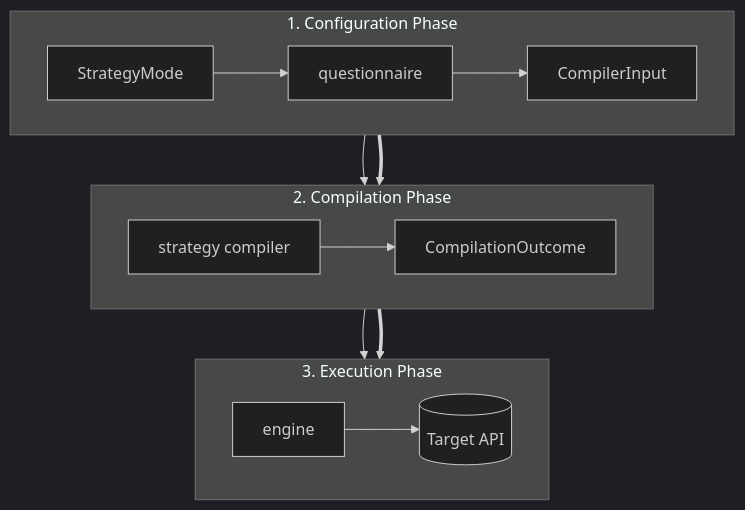
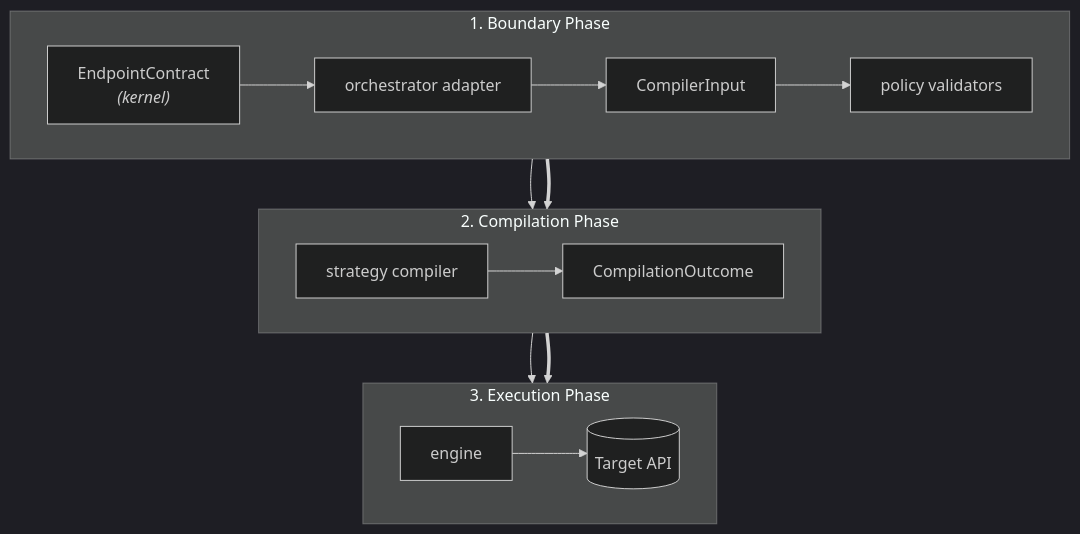
Before and after one commit to Spec-Forge-Testing/specforge-docs: the diagram in docs/modules/custom-schemathesis/index.md, drawn with Mermaid (dark theme). The commit also changed other lines of this file and 3 other files, not shown here.

First line of the commit message:
docs(schemathesis): describe the policy layer and the kernel-sourced vocabulary

````diff
--- a/docs/modules/custom-schemathesis/index.md
+++ b/docs/modules/custom-schemathesis/index.md
@@ -17,23 +18,24 @@
 ```mermaid
 flowchart TD
-    subgraph Config ["1. Configuration Phase"]
+    subgraph Boundary ["1. Boundary Phase"]
         direction LR
-        SM["StrategyMode"] --> Q["questionnaire"]
-        Q --> CI["CompilerInput"]
+        EC["EndpointContract<br/><i>(kernel)</i>"] --> AD["orchestrator adapter"]
+        AD --> CI["CompilerInput"]
+        CI --> PV["policy validators"]
     end
 
     subgraph Compilation ["2. Compilation Phase"]
         direction LR
-        CI --> SC["strategy compiler"]
+        PV --> SC["strategy compiler"]
         SC --> CO["CompilationOutcome"]
     end
 
     subgraph Execution ["3. Execution Phase"]
         direction LR
         CO --> E["engine"]
         E --> API[("Target API")]
     end
 
-    Config ==> Compilation
+    Boundary ==> Compilation
     Compilation ==> Execution
 ```
````
